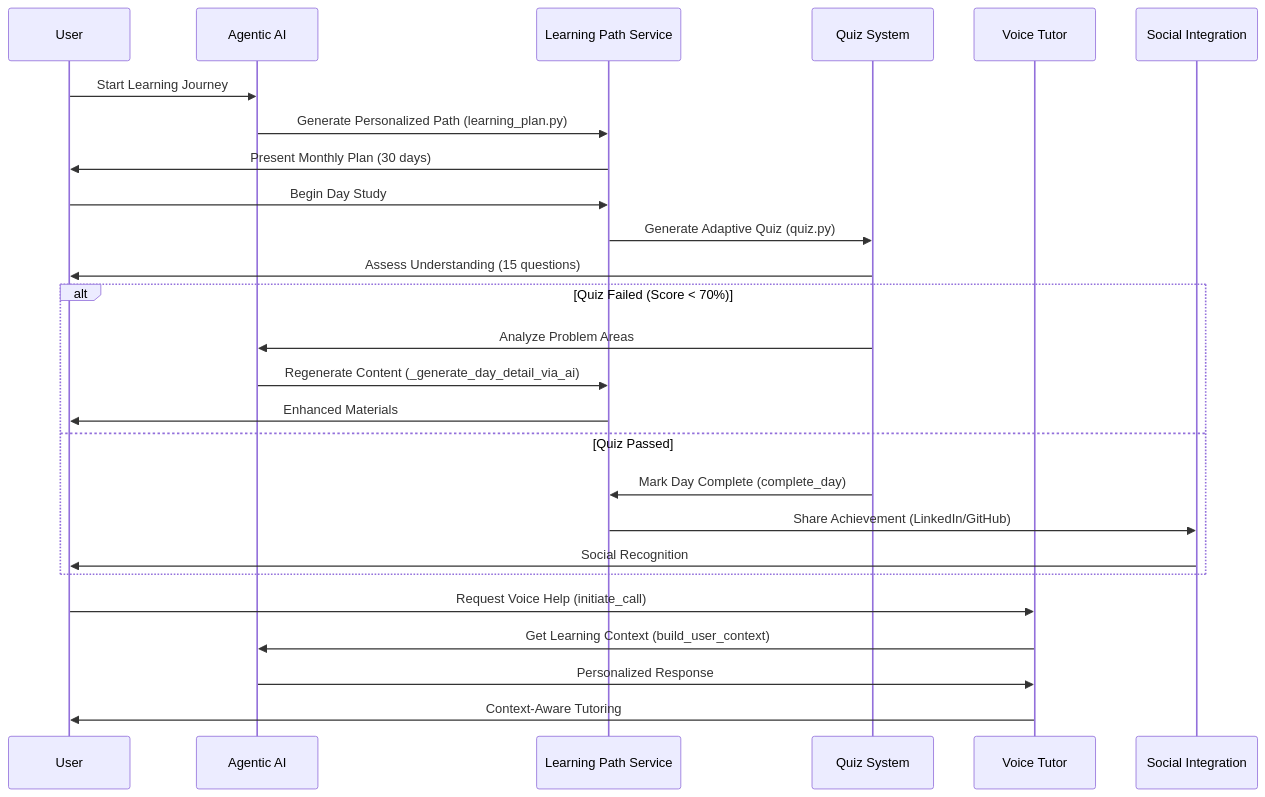
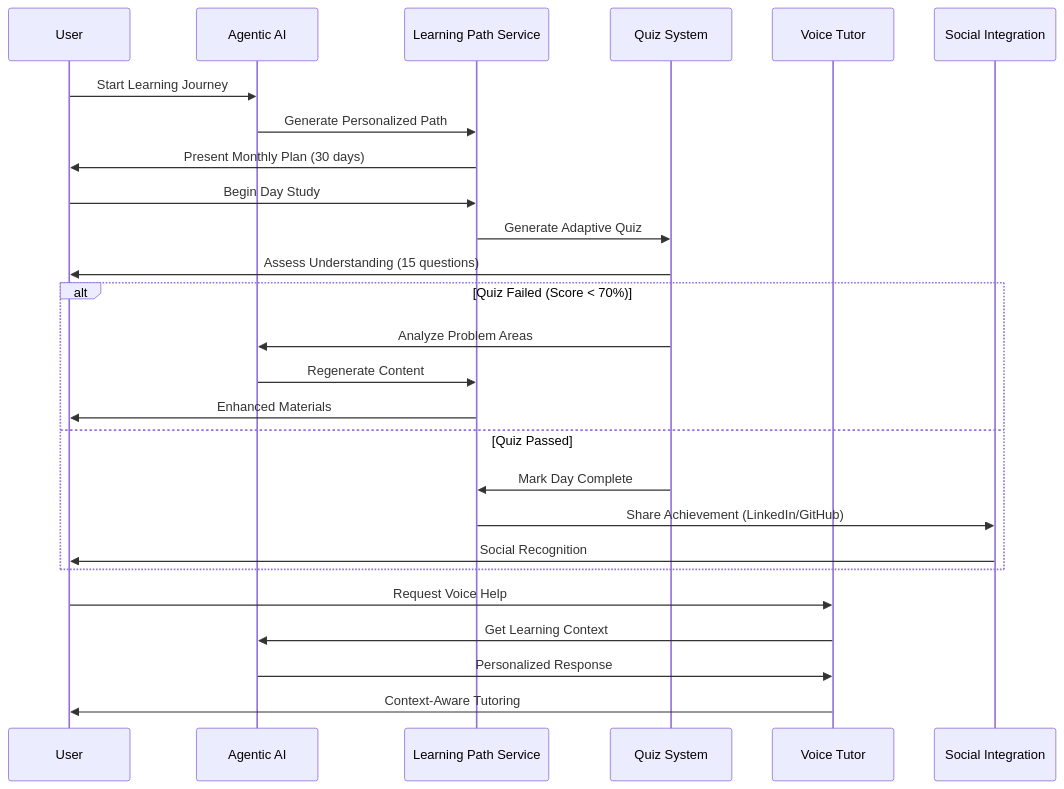
The fourth of 10 diagrams in README.md (abhiabhi150614/video-pop-up-for-steaming), drawn with Mermaid before and after one commit. The commit also changed other lines of this file, not shown here.

````diff
--- a/README.md
+++ b/README.md
@@ -237,31 +237,31 @@
 ```mermaid
 sequenceDiagram
     participant U as User
     participant AI as Agentic AI
     participant LP as Learning Path Service
     participant Q as Quiz System
     participant V as Voice Tutor
     participant S as Social Integration
     
     U->>AI: Start Learning Journey
-    AI->>LP: Generate Personalized Path (learning_plan.py)
+    AI->>LP: Generate Personalized Path
     LP->>U: Present Monthly Plan (30 days)
     U->>LP: Begin Day Study
-    LP->>Q: Generate Adaptive Quiz (quiz.py)
+    LP->>Q: Generate Adaptive Quiz
     Q->>U: Assess Understanding (15 questions)
     
     alt Quiz Failed (Score < 70%)
         Q->>AI: Analyze Problem Areas
-        AI->>LP: Regenerate Content (_generate_day_detail_via_ai)
+        AI->>LP: Regenerate Content
         LP->>U: Enhanced Materials
     else Quiz Passed
-        Q->>LP: Mark Day Complete (complete_day)
+        Q->>LP: Mark Day Complete
         LP->>S: Share Achievement (LinkedIn/GitHub)
         S->>U: Social Recognition
     end
     
-    U->>V: Request Voice Help (initiate_call)
-    V->>AI: Get Learning Context (build_user_context)
+    U->>V: Request Voice Help
+    V->>AI: Get Learning Context
     AI->>V: Personalized Response
     V->>U: Context-Aware Tutoring
 ```
````
